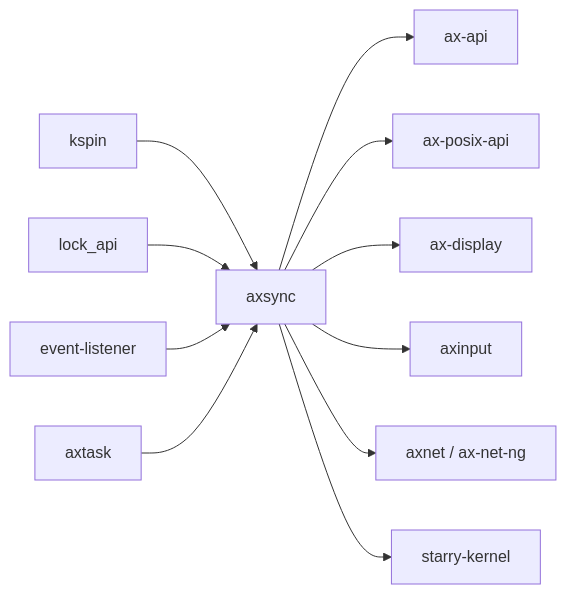
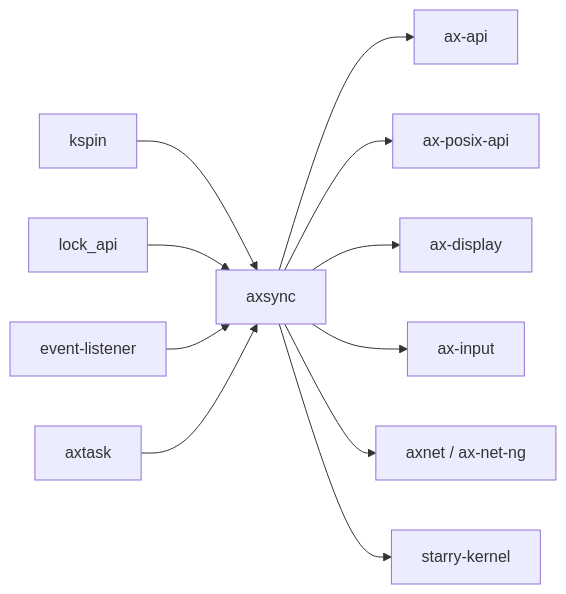
Before and after one commit to zKurisu/tgoskits: the second of 2 diagrams in docs/crates/axsync.md, drawn with Mermaid. The commit also changed other lines of this file and 26 other files, not shown here.

Commit message:
rename axinput to ax-input

````diff
--- a/docs/crates/axsync.md
+++ b/docs/crates/axsync.md
@@ -109,14 +109,14 @@
 ```mermaid
 graph LR
     kspin["kspin"] --> axsync["axsync"]
     lock_api["lock_api"] --> axsync
     event_listener["event-listener"] --> axsync
     axtask["axtask"] --> axsync
 
     axsync --> ax-api["ax-api"]
     axsync --> ax-posix-api["ax-posix-api"]
     axsync --> ax-display["ax-display"]
-    axsync --> axinput["axinput"]
+    axsync --> ax-input["ax-input"]
     axsync --> axnet["axnet / ax-net-ng"]
     axsync --> starry_kernel["starry-kernel"]
 ```
````
